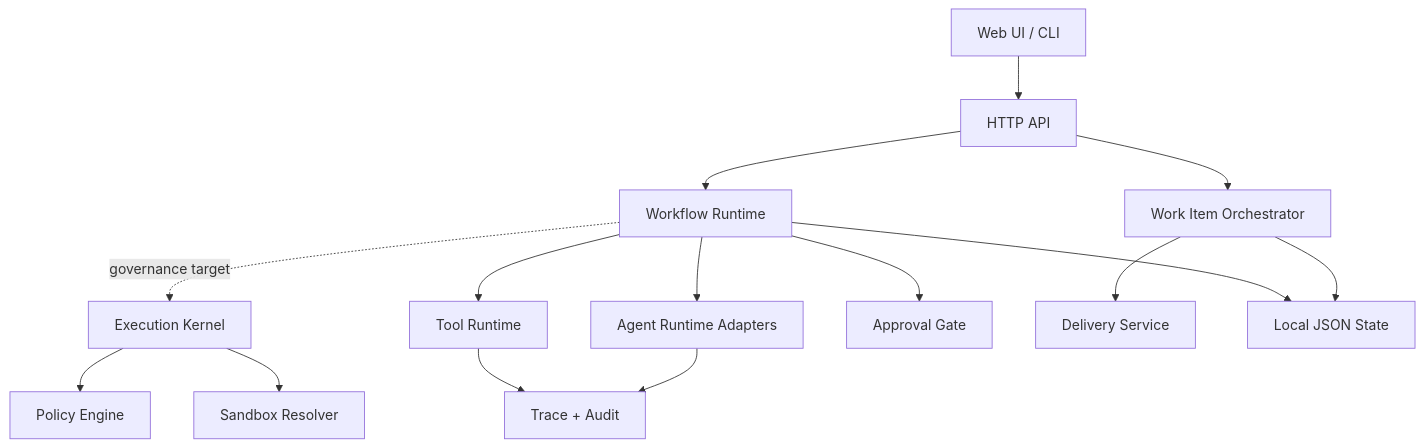
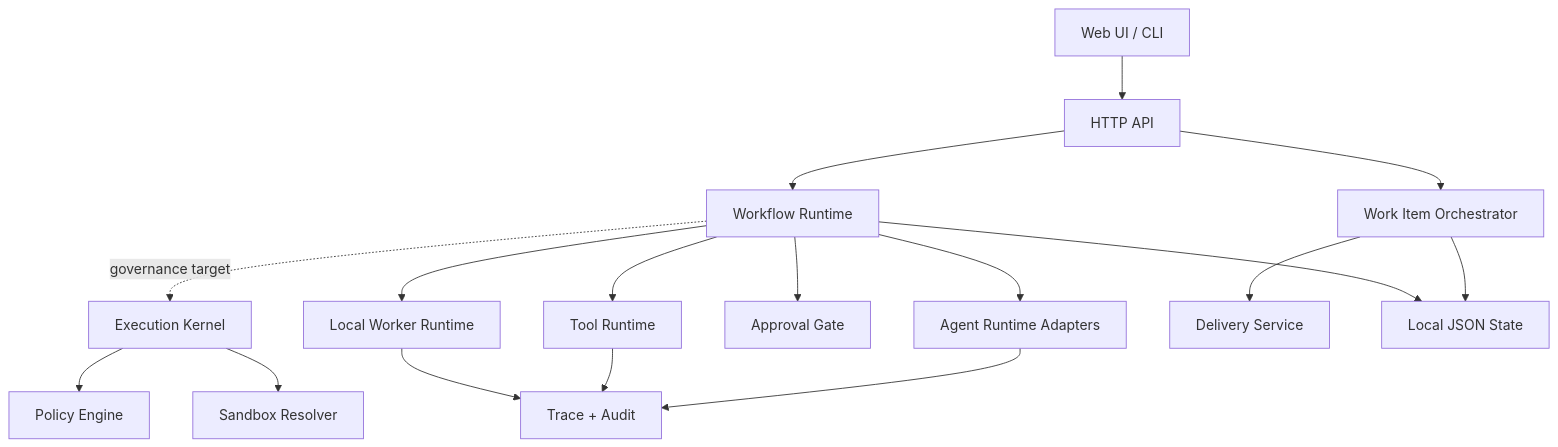
The diagram in docs/TECHNICAL_DESIGN.en.md (CTL-ETHEAAD/agent-hub), drawn with Mermaid before and after one commit. The commit also changed other lines of this file and 12 other files, not shown here.

Commit message:
feat: add local worker runtime

````diff
--- a/docs/TECHNICAL_DESIGN.en.md
+++ b/docs/TECHNICAL_DESIGN.en.md
@@ -9,17 +9,19 @@
 ```mermaid
 flowchart TD
   UI["Web UI / CLI"] --> API["HTTP API"]
   API --> WI["Work Item Orchestrator"]
   API --> WF["Workflow Runtime"]
   WF -. governance target .-> K["Execution Kernel"]
   K --> P["Policy Engine"]
   K --> S["Sandbox Resolver"]
   WF --> A["Agent Runtime Adapters"]
   WF --> T["Tool Runtime"]
   WF --> AP["Approval Gate"]
+  WF --> W["Local Worker Runtime"]
   A --> TR["Trace + Audit"]
   T --> TR
+  W --> TR
   WI --> D["Delivery Service"]
   WI --> ST["Local JSON State"]
   WF --> ST
 ```
````
